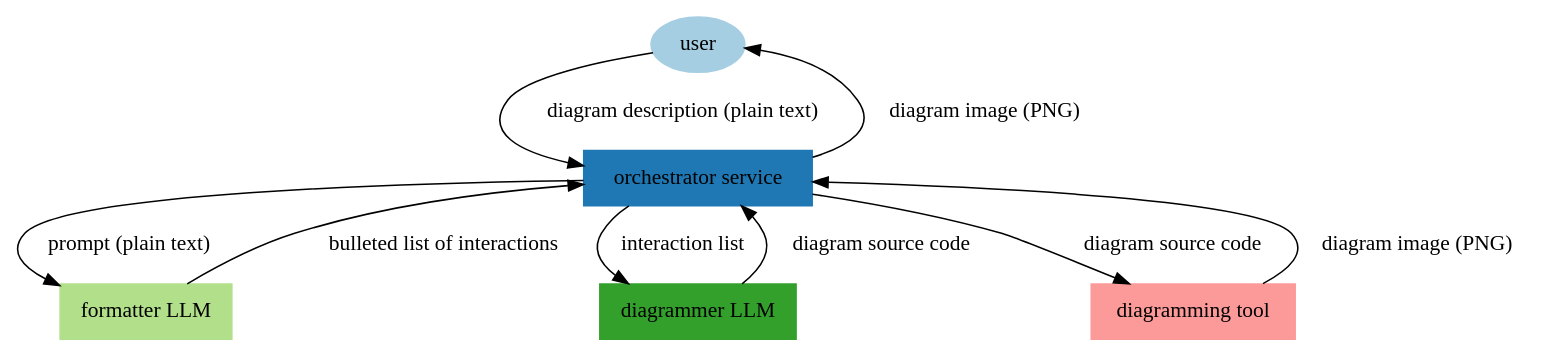
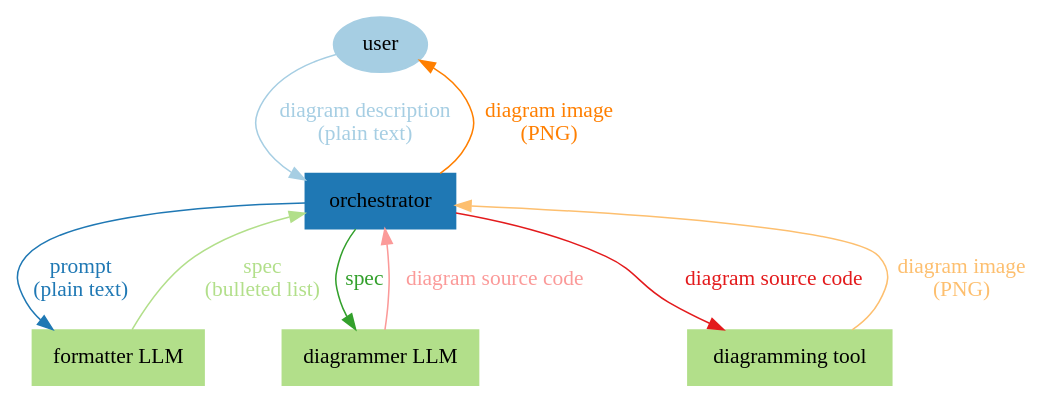
One commit to christianromney/diagrammer changed the diagram in readme.org. Above: the diagram before and after it, drawn with Graphviz. The commit also changed other lines of this file and 5 other files, not shown here.

```diff
--- a/readme.org
+++ b/readme.org
@@ -197,21 +199,24 @@
 #+begin_src dot :file diagram.png :tangle diagram.dot :cmdline -Kdot -Tpng
-digraph G {
-    graph [bgcolor=white]
-    node [fontname="Roboto Mono", colorscheme=paired12, style=filled];
+digraph DataFlow {
+    graph [bgcolor=white, fontname="Roboto Mono"];
+    node [colorscheme=paired12, style=filled, fontname="Roboto Mono"];
+    edge [colorscheme=paired12, fontname="Roboto Mono"];
 
-    user [shape=oval, color=1];
-    "orchestrator service" [shape=box, color=2];
-    "formatter LLM" [shape=box, color=3];
-    "diagrammer LLM" [shape=box, color=4];
-    "diagramming tool" [shape=box, color=5];
+    // Nodes
+    user [shape=oval, color=1, label="user"];
+    orchestrator [shape=box, color=2, label="orchestrator"];
+    formatter_LLM [shape=box, color=3, label="formatter LLM"];
+    diagrammer_LLM [shape=box, color=3, label="diagrammer LLM"];
+    diagramming_tool [shape=box, color=3, label="diagramming tool"];
 
-    user -> "orchestrator service" [label="diagram description (plain text)"];
-    "orchestrator service" -> "formatter LLM" [label="prompt (plain text)"];
-    "formatter LLM" -> "orchestrator service" [label="bulleted list of interactions"];
-    "orchestrator service" -> "diagrammer LLM" [label="interaction list"];
-    "diagrammer LLM" -> "orchestrator service" [label="diagram source code"];
-    "orchestrator service" -> "diagramming tool" [label="diagram source code"];
-    "diagramming tool" -> "orchestrator service" [label="diagram image (PNG)"];
-    "orchestrator service" -> user [label="diagram image (PNG)"];
+    // Edges
+    user -> orchestrator [label="diagram description\n(plain text)", color=1, fontcolor=1];
+    orchestrator -> formatter_LLM [label="prompt\n(plain text)", color=2, fontcolor=2];
+    formatter_LLM -> orchestrator [label="spec\n(bulleted list)", color=3, fontcolor=3];
+    orchestrator -> diagrammer_LLM [label="spec", color=4, fontcolor=4];
+    diagrammer_LLM -> orchestrator [label="diagram source code", color=5, fontcolor=5];
+    orchestrator -> diagramming_tool [label="diagram source code", color=6, fontcolor=6];
+    diagramming_tool -> orchestrator [label="diagram image\n(PNG)", color=7, fontcolor=7];
+    orchestrator -> user [label="diagram image\n(PNG)", color=8, fontcolor=8];
 }
 #+end_src
```
